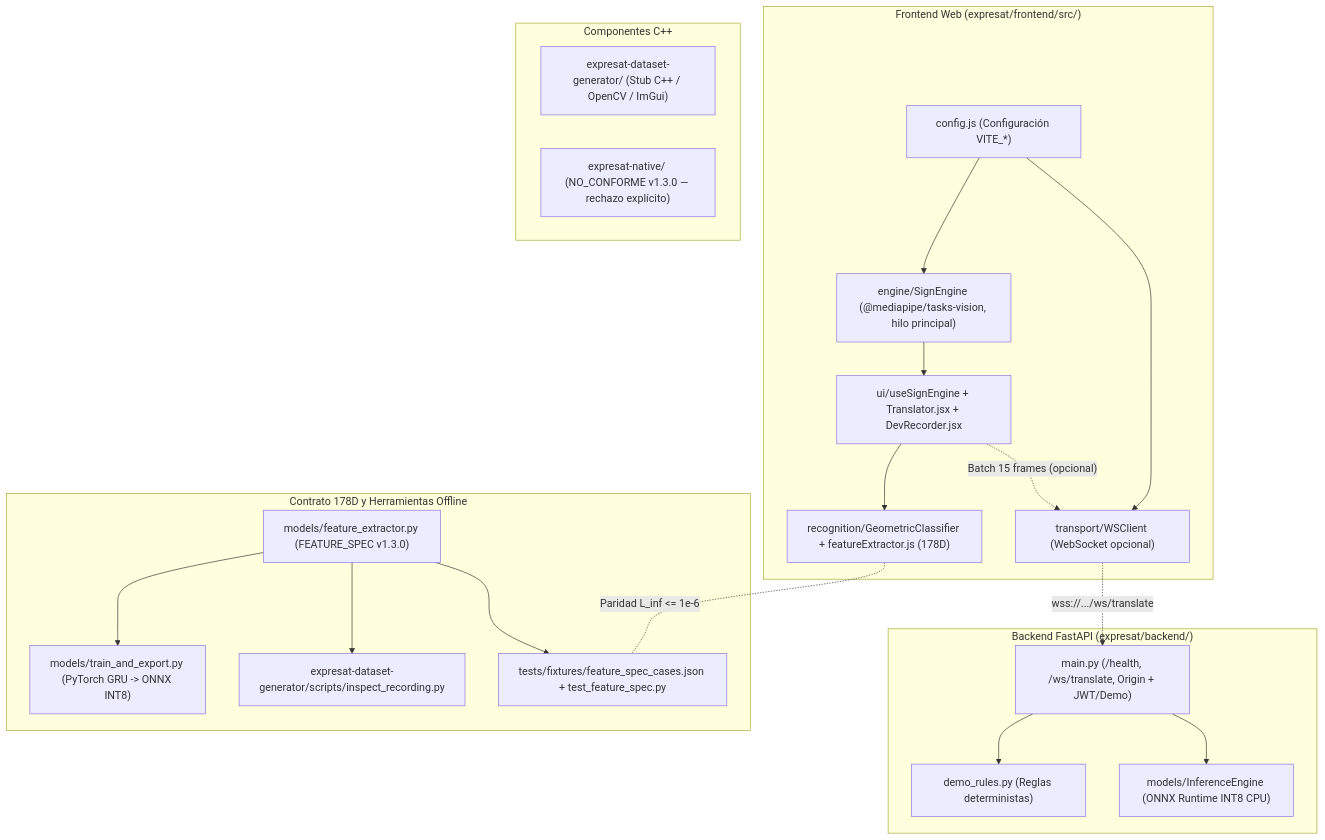
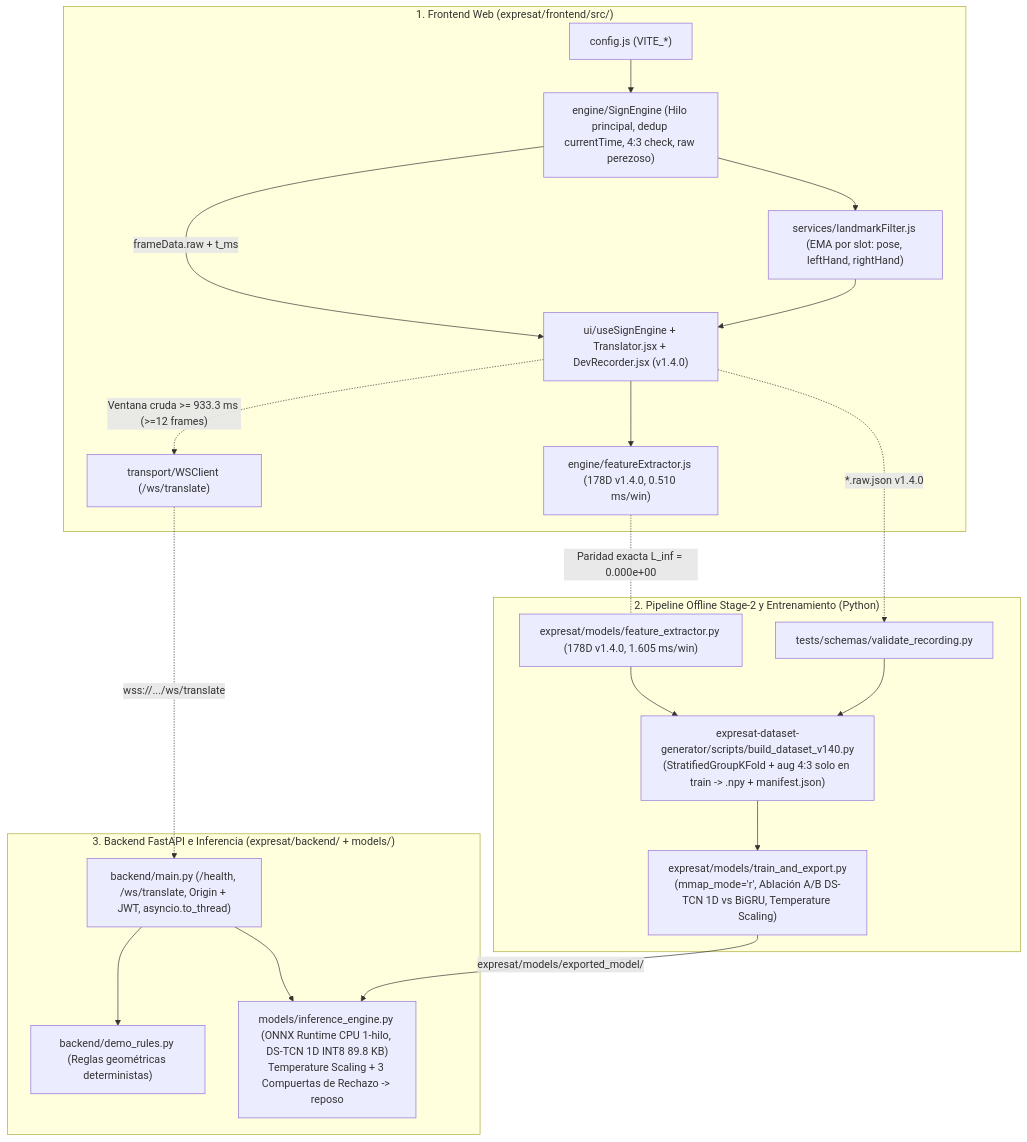
The diagram in docs/README.md (Salf423/expresat), drawn with Mermaid before and after one commit. The commit also changed other lines of this file and 14 other files, not shown here.

````diff
--- a/docs/README.md
+++ b/docs/README.md
@@ -12,41 +12,36 @@
 ```mermaid
 flowchart TD
-    subgraph Web["Frontend Web (expresat/frontend/src/)"]
-        CFG["config.js (Configuración VITE_*)"]
-        ENG["engine/SignEngine (@mediapipe/tasks-vision, hilo principal)"]
-        REC["recognition/GeometricClassifier + featureExtractor.js (178D)"]
-        UI["ui/useSignEngine + Translator.jsx + DevRecorder.jsx"]
-        TR["transport/WSClient (WebSocket opcional)"]
+    subgraph Web["1. Frontend Web (expresat/frontend/src/)"]
+        CFG["config.js (VITE_*)"]
+        ENG["engine/SignEngine (Hilo principal, dedup currentTime, 4:3 check, raw perezoso)"]
+        FIL["services/landmarkFilter.js (EMA por slot: pose, leftHand, rightHand)"]
+        FJS["engine/featureExtractor.js (178D v1.4.0, 0.510 ms/win)"]
+        UI["ui/useSignEngine + Translator.jsx + DevRecorder.jsx (v1.4.0)"]
+        TR["transport/WSClient (/ws/translate)"]
         CFG --> ENG
-        CFG --> TR
-        ENG --> UI
-        UI --> REC
-        UI -. "Batch 15 frames (opcional)" .-> TR
+        ENG --> FIL --> UI
+        ENG -->|"frameData.raw + t_ms"| UI
+        UI --> FJS
+        UI -. "Ventana cruda >= 933.3 ms (>=12 frames)" .-> TR
     end
 
-    subgraph Backend["Backend FastAPI (expresat/backend/)"]
-        API["main.py (/health, /ws/translate, Origin + JWT/Demo)"]
-        DEMO["demo_rules.py (Reglas deterministas)"]
-        INF["models/InferenceEngine (ONNX Runtime INT8 CPU)"]
+    subgraph Stage2["2. Pipeline Offline Stage-2 y Entrenamiento (Python)"]
+        VREC["tests/schemas/validate_recording.py"]
+        BLD["expresat-dataset-generator/scripts/build_dataset_v140.py\n(StratifiedGroupKFold + aug 4:3 solo en train -> .npy + manifest.json)"]
+        FPY["expresat/models/feature_extractor.py (178D v1.4.0, 1.605 ms/win)"]
+        TRN["expresat/models/train_and_export.py\n(mmap_mode='r', Ablación A/B DS-TCN 1D vs BiGRU, Temperature Scaling)"]
+        UI -. "*.raw.json v1.4.0" .-> VREC --> BLD
+        FPY --> BLD --> TRN
+        FJS -. "Paridad exacta L_inf = 0.000e+00" .- FPY
+    end
+
+    subgraph Backend["3. Backend FastAPI e Inferencia (expresat/backend/ + models/)"]
+        API["backend/main.py (/health, /ws/translate, Origin + JWT, asyncio.to_thread)"]
+        DEMO["backend/demo_rules.py (Reglas geométricas deterministas)"]
+        INF["models/inference_engine.py (ONNX Runtime CPU 1-hilo, DS-TCN 1D INT8 89.8 KB)\nTemperature Scaling + 3 Compuertas de Rechazo -> reposo"]
+        TRN -->|"expresat/models/exported_model/"| INF
+        TR -. "wss://.../ws/translate" .-> API
         API --> DEMO
         API --> INF
     end
-
-    subgraph ML["Contrato 178D y Herramientas Offline"]
-        FEX["models/feature_extractor.py (FEATURE_SPEC v1.3.0)"]
-        TRN["models/train_and_export.py (PyTorch GRU -> ONNX INT8)"]
-        INSP["expresat-dataset-generator/scripts/inspect_recording.py"]
-        FIX["tests/fixtures/feature_spec_cases.json + test_feature_spec.py"]
-        FEX --> TRN
-        FEX --> INSP
-        FEX --> FIX
-        REC -. "Paridad L_inf <= 1e-6" .- FIX
-    end
-
-    subgraph Native["Componentes C++"]
-        GEN["expresat-dataset-generator/ (Stub C++ / OpenCV / ImGui)"]
-        NAT["expresat-native/ (NO_CONFORME v1.3.0 — rechazo explícito)"]
-    end
-
-    TR -. "wss://.../ws/translate" .-> API
 ```
````
